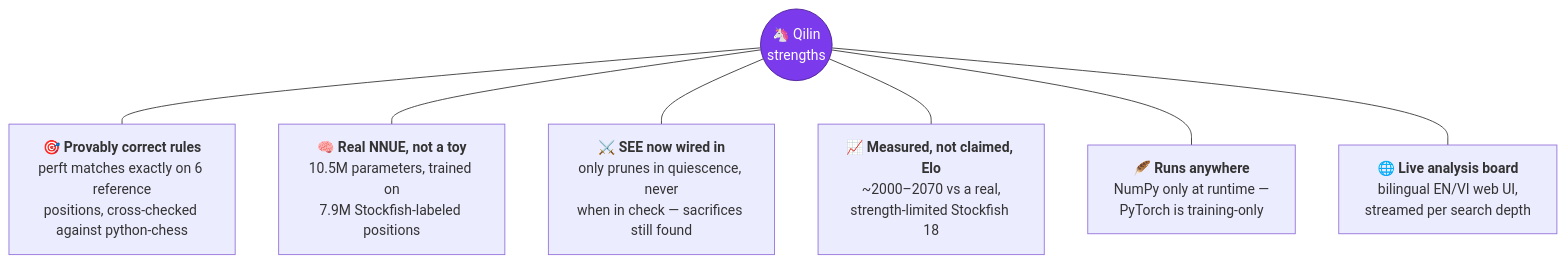
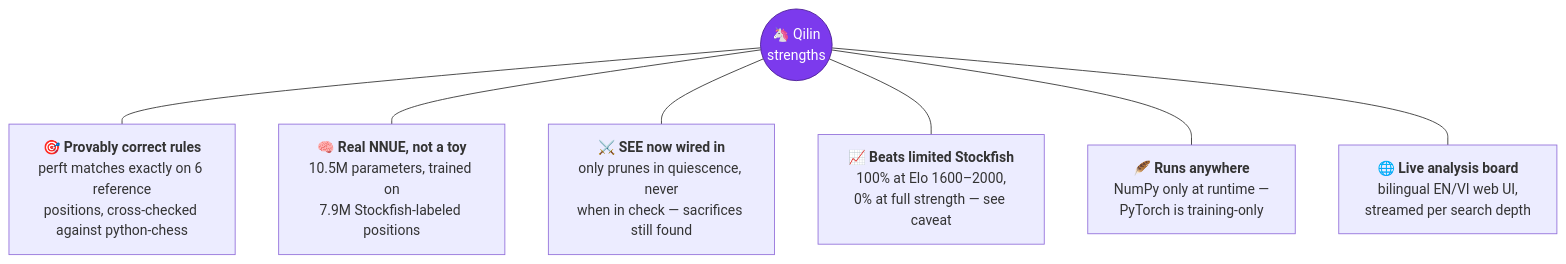
Before and after one commit to HoangKhangCoder/Qilin-Chess-Engine-v1: the third of 8 diagrams in README.md, drawn with Mermaid. The commit also changed other lines of this file, not shown here.

First line of the commit message:
README: be honest about the Elo ladder's methodology, credit Stockfish/python-chess

````diff
--- a/README.md
+++ b/README.md
@@ -92,11 +99,11 @@
 ```mermaid
 flowchart TD
     R(("🦄 Qilin<br/>strengths"))
     R --- A["🎯 <b>Provably correct rules</b><br/>perft matches exactly on 6 reference<br/>positions, cross-checked against python-chess"]
     R --- B["🧠 <b>Real NNUE, not a toy</b><br/>10.5M parameters, trained on<br/>7.9M Stockfish-labeled positions"]
     R --- C["⚔️ <b>SEE now wired in</b><br/>only prunes in quiescence, never<br/>when in check — sacrifices still found"]
-    R --- D["📈 <b>Measured, not claimed, Elo</b><br/>~2000–2070 vs a real,<br/>strength-limited Stockfish 18"]
+    R --- D["📈 <b>Beats limited Stockfish</b><br/>100% at Elo 1600–2000,<br/>0% at full strength — see caveat"]
     R --- E["🪶 <b>Runs anywhere</b><br/>NumPy only at runtime —<br/>PyTorch is training-only"]
     R --- F["🌐 <b>Live analysis board</b><br/>bilingual EN/VI web UI,<br/>streamed per search depth"]
     style R fill:#7c3aed,stroke:#4c1d95,color:#fff
 ```
````
